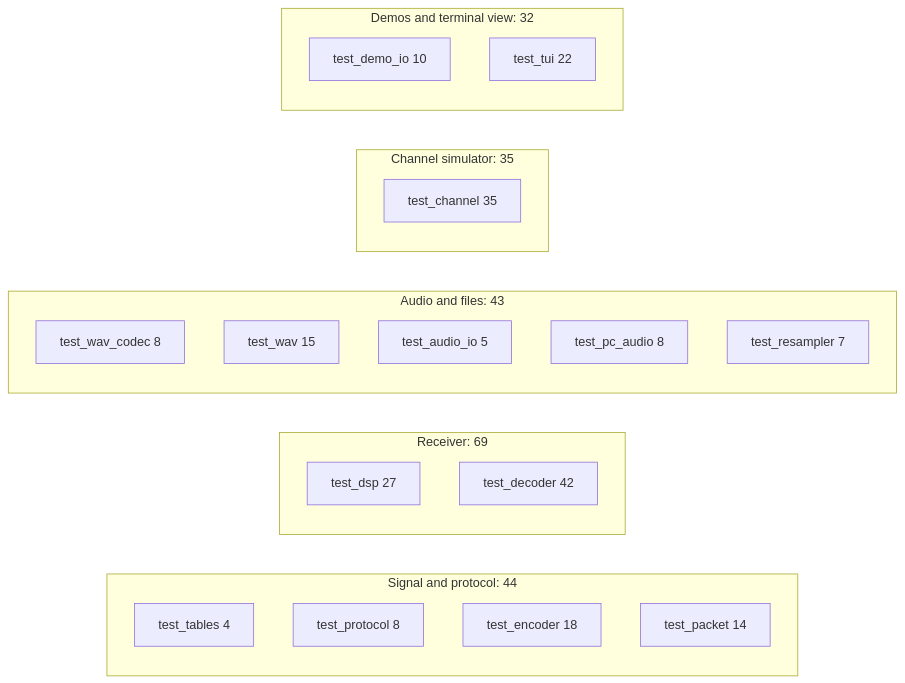
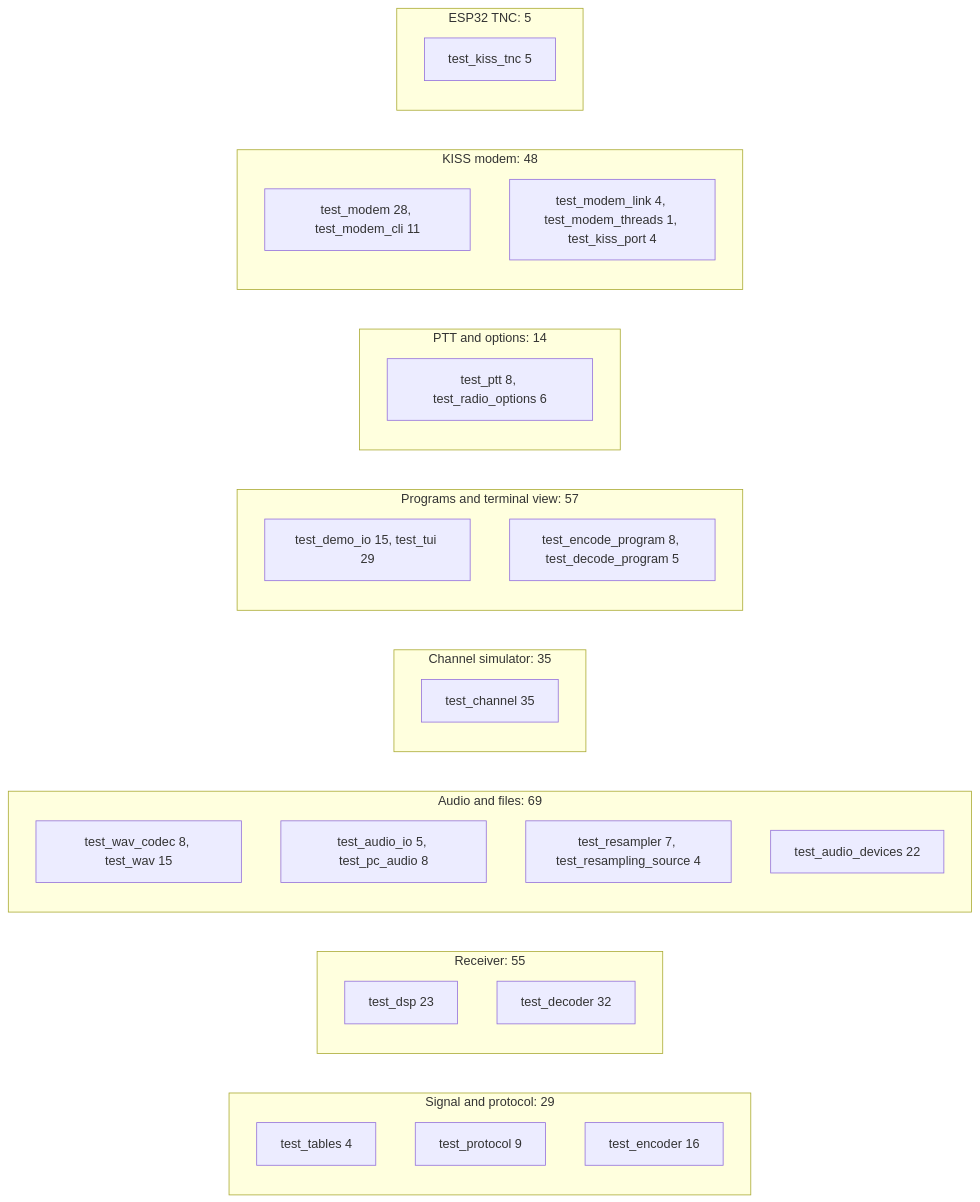
The fourth of 10 diagrams in docs/testing.md (solariun/unlimited), drawn with Mermaid before and after one commit. The commit also changed other lines of this file and 76 other files, not shown here.

````diff
--- a/docs/testing.md
+++ b/docs/testing.md
@@ -607,27 +448,35 @@
 ```mermaid
 flowchart LR
-    subgraph sig["Signal and protocol: 44"]
+    subgraph sig["Signal and protocol: 29"]
         u1["test_tables 4"]
-        u2["test_protocol 8"]
-        u3["test_encoder 18"]
-        u4["test_packet 14"]
+        u2["test_protocol 9"]
+        u3["test_encoder 16"]
     end
-    subgraph rxg["Receiver: 69"]
-        u5["test_dsp 27"]
-        u6["test_decoder 42"]
+    subgraph rxg["Receiver: 55"]
+        u5["test_dsp 23"]
+        u6["test_decoder 32"]
     end
-    subgraph aud["Audio and files: 43"]
-        u7["test_wav_codec 8"]
-        u8["test_wav 15"]
-        u9["test_audio_io 5"]
-        u10["test_pc_audio 8"]
-        u11["test_resampler 7"]
+    subgraph aud["Audio and files: 69"]
+        u7["test_wav_codec 8, test_wav 15"]
+        u9["test_audio_io 5, test_pc_audio 8"]
+        u11["test_resampler 7, test_resampling_source 4"]
+        u12["test_audio_devices 22"]
     end
     subgraph simg["Channel simulator: 35"]
-        u12["test_channel 35"]
+        u13["test_channel 35"]
     end
-    subgraph appg["Demos and terminal view: 32"]
-        u13["test_demo_io 10"]
-        u14["test_tui 22"]
+    subgraph appg["Programs and terminal view: 57"]
+        u14["test_demo_io 15, test_tui 29"]
+        u15["test_encode_program 8, test_decode_program 5"]
+    end
+    subgraph radio["PTT and options: 14"]
+        u16["test_ptt 8, test_radio_options 6"]
+    end
+    subgraph kiss["KISS modem: 48"]
+        u17["test_modem 28, test_modem_cli 11"]
+        u18["test_modem_link 4, test_modem_threads 1, test_kiss_port 4"]
+    end
+    subgraph tnc["ESP32 TNC: 5"]
+        u19["test_kiss_tnc 5"]
     end
 ```
````
